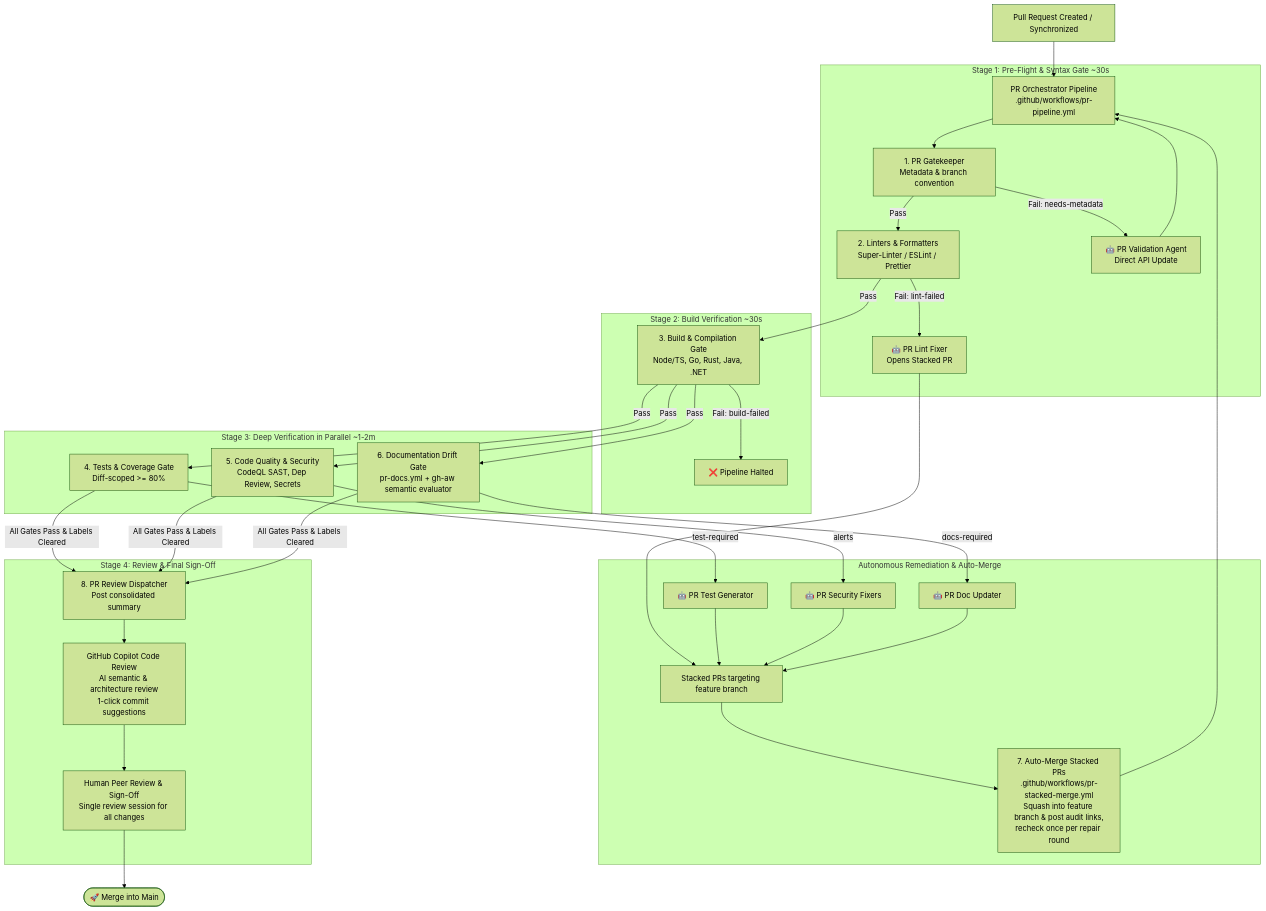
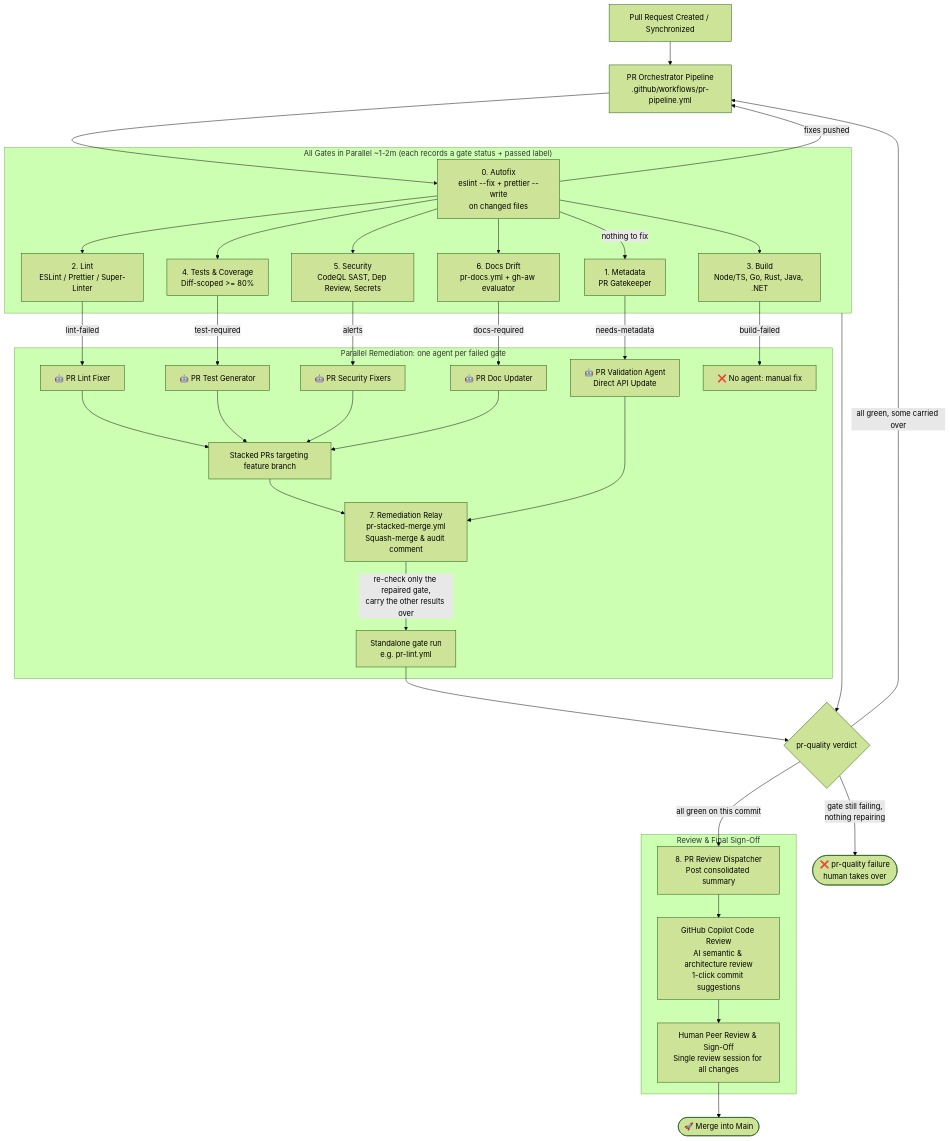
One commit to SitoaderOrg/ForgeFlow changed the diagram in docs/mermaid/pr_qa_pipeline.mermaid. Above: the diagram before and after it, drawn with Mermaid (forest theme). The commit also changed 28 other files, not shown here.

First line of the commit message:
feat(ci): run PR quality gates in parallel with per-gate rechecks

```diff
--- a/docs/mermaid/pr_qa_pipeline.mermaid
+++ b/docs/mermaid/pr_qa_pipeline.mermaid
@@ -1,39 +1,38 @@
 flowchart TD
     PR[Pull Request Created / Synchronized] --> Pipeline[PR Orchestrator Pipeline\n.github/workflows/pr-pipeline.yml]
+    Pipeline --> Autofix[0. Autofix\neslint --fix + prettier --write\non changed files]
+    Autofix -->|fixes pushed| Pipeline
 
-    subgraph Stage1 [Stage 1: Pre-Flight & Syntax Gate ~30s]
-        Pipeline --> Gate[1. PR Gatekeeper\nMetadata & branch convention]
-        Gate -->|Pass| Lint[2. Linters & Formatters\nSuper-Linter / ESLint / Prettier]
-        Gate -->|Fail: needs-metadata| FixMeta[🤖 PR Validation Agent\nDirect API Update]
-        Lint -->|Fail: lint-failed| FixLint[🤖 PR Lint Fixer\nOpens Stacked PR]
+    subgraph Gates ["All Gates in Parallel ~1-2m (each records a gate status + passed label)"]
+        Autofix -->|nothing to fix| Gate[1. Metadata\nPR Gatekeeper]
+        Autofix --> Lint[2. Lint\nESLint / Prettier / Super-Linter]
+        Autofix --> Build[3. Build\nNode/TS, Go, Rust, Java, .NET]
+        Autofix --> Tests[4. Tests & Coverage\nDiff-scoped >= 80%]
+        Autofix --> Security[5. Security\nCodeQL SAST, Dep Review, Secrets]
+        Autofix --> DocEval[6. Docs Drift\npr-docs.yml + gh-aw evaluator]
     end
 
-    subgraph Stage2 [Stage 2: Build Verification ~30s]
-        Lint -->|Pass| Build[3. Build & Compilation Gate\nNode/TS, Go, Rust, Java, .NET]
-        Build -->|Fail: build-failed| BlockBuild[❌ Pipeline Halted]
-    end
-
-    subgraph Stage3 [Stage 3: Deep Verification in Parallel ~1-2m]
-        Build -->|Pass| Tests[4. Tests & Coverage Gate\nDiff-scoped >= 80%]
-        Build -->|Pass| Security[5. Code Quality & Security\nCodeQL SAST, Dep Review, Secrets]
-        Build -->|Pass| DocEval[6. Documentation Drift Gate\npr-docs.yml + gh-aw semantic evaluator]
-    end
-
-    subgraph Auto_Consolidation [Autonomous Remediation & Auto-Merge]
+    subgraph Remediation ["Parallel Remediation: one agent per failed gate"]
+        Gate -->|needs-metadata| FixMeta[🤖 PR Validation Agent\nDirect API Update]
+        Lint -->|lint-failed| FixLint[🤖 PR Lint Fixer]
         Tests -->|test-required| AgentTest[🤖 PR Test Generator]
         Security -->|alerts| AgentSec[🤖 PR Security Fixers]
         DocEval -->|docs-required| AgentDoc[🤖 PR Doc Updater]
+        Build -->|build-failed| BlockBuild[❌ No agent: manual fix]
         FixLint & AgentTest & AgentSec & AgentDoc --> StackedPRs[Stacked PRs targeting feature branch]
-        StackedPRs --> AutoConsolidate[7. Auto-Merge Stacked PRs\n.github/workflows/pr-stacked-merge.yml\nSquash into feature branch & post audit links,\nrecheck once per repair round]
+        StackedPRs & FixMeta --> Relay[7. Remediation Relay\npr-stacked-merge.yml\nSquash-merge & audit comment]
+        Relay -->|re-check only the repaired gate,\ncarry the other results over| Recheck[Standalone gate run\ne.g. pr-lint.yml]
     end
 
-    AutoConsolidate --> Pipeline
-    FixMeta --> Pipeline
+    Gates --> Verdict{pr-quality verdict}
+    Recheck --> Verdict
+    Verdict -->|gate still failing,\nnothing repairing| Fail([❌ pr-quality failure\nhuman takes over])
+    Verdict -->|all green, some carried over| Pipeline
+    Verdict -->|all green on this commit| Dispatcher
 
-    subgraph Code_Review [Stage 4: Review & Final Sign-Off]
-        Tests & Security & DocEval -->|All Gates Pass & Labels Cleared| Dispatcher[8. PR Review Dispatcher\nPost consolidated summary]
-        Dispatcher --> CopilotReview[GitHub Copilot Code Review\nAI semantic & architecture review\n1-click commit suggestions]
+    subgraph Code_Review [Review & Final Sign-Off]
+        Dispatcher[8. PR Review Dispatcher\nPost consolidated summary] --> CopilotReview[GitHub Copilot Code Review\nAI semantic & architecture review\n1-click commit suggestions]
         CopilotReview --> HumanReview[Human Peer Review & Sign-Off\nSingle review session for all changes]
     end
 
     HumanReview --> Merge([🚀 Merge into Main])
```
